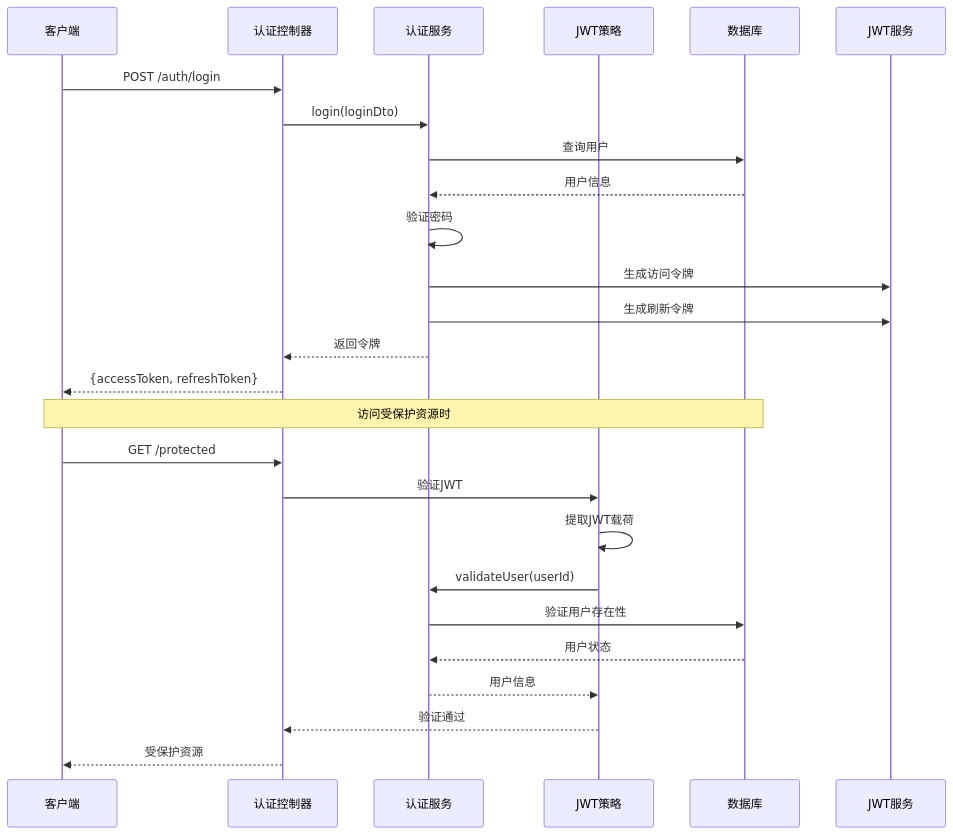
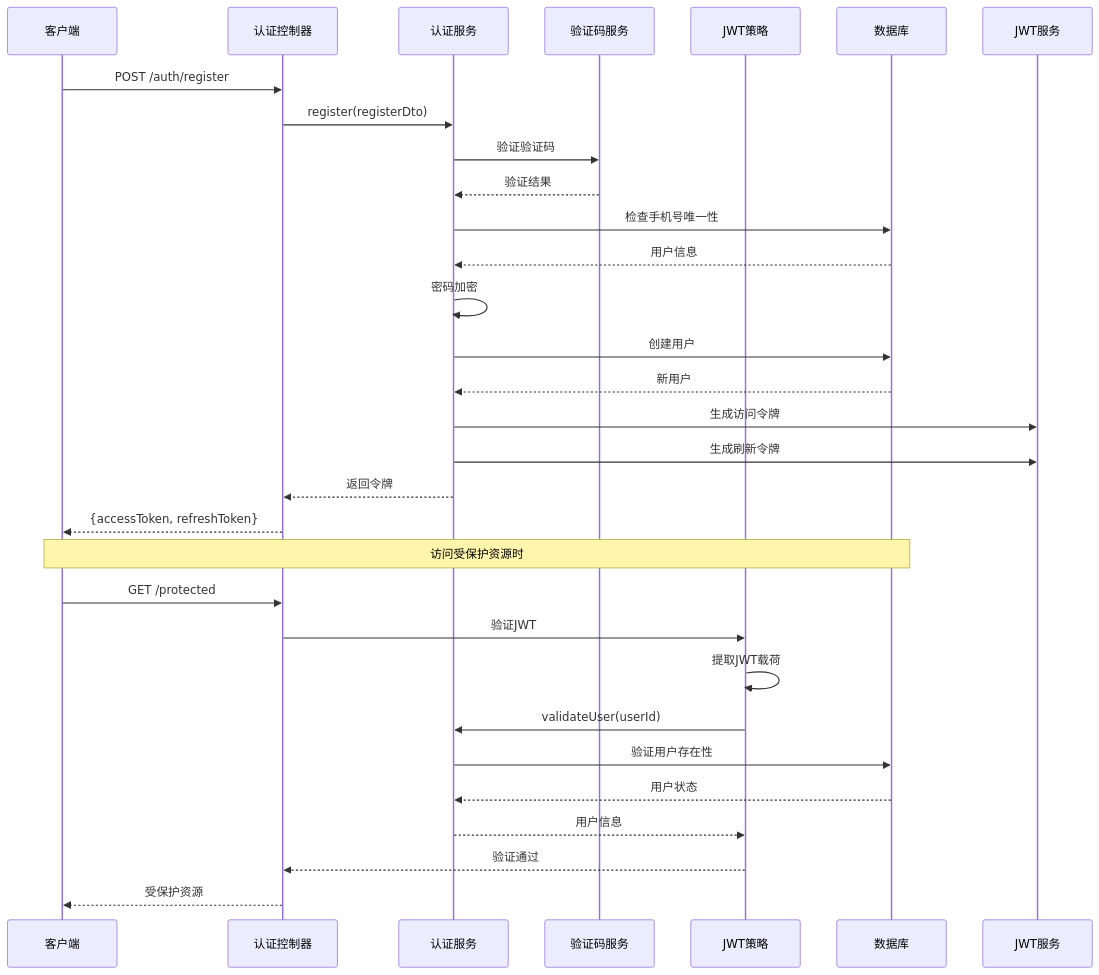
One commit to lsqwawa/free-dress changed the fourth of 11 diagrams in .qoder/repowiki/zh/content/后端开发指南/后端开发指南.md. Above: the diagram before and after it, drawn with Mermaid. The commit also changed other lines of this file and 74 other files, not shown here.

````diff
--- a/.qoder/repowiki/zh/content/后端开发指南/后端开发指南.md
+++ b/.qoder/repowiki/zh/content/后端开发指南/后端开发指南.md
@@ -250,28 +264,33 @@
 ```mermaid
 sequenceDiagram
 participant Client as 客户端
 participant AuthController as 认证控制器
 participant AuthService as 认证服务
+participant CaptchaService as 验证码服务
 participant JwtStrategy as JWT策略
 participant Prisma as 数据库
 participant JwtService as JWT服务
-Client->>AuthController : POST /auth/login
-AuthController->>AuthService : login(loginDto)
-AuthService->>Prisma : 查询用户
+Client->>AuthController : POST /auth/register
+AuthController->>AuthService : register(registerDto)
+AuthService->>CaptchaService : 验证验证码
+CaptchaService-->>AuthService : 验证结果
+AuthService->>Prisma : 检查手机号唯一性
 Prisma-->>AuthService : 用户信息
-AuthService->>AuthService : 验证密码
+AuthService->>AuthService : 密码加密
+AuthService->>Prisma : 创建用户
+Prisma-->>AuthService : 新用户
 AuthService->>JwtService : 生成访问令牌
 AuthService->>JwtService : 生成刷新令牌
 AuthService-->>AuthController : 返回令牌
 AuthController-->>Client : {accessToken, refreshToken}
 Note over Client,Prisma : 访问受保护资源时
 Client->>AuthController : GET /protected
 AuthController->>JwtStrategy : 验证JWT
 JwtStrategy->>JwtStrategy : 提取JWT载荷
 JwtStrategy->>AuthService : validateUser(userId)
 AuthService->>Prisma : 验证用户存在性
 Prisma-->>AuthService : 用户状态
 AuthService-->>JwtStrategy : 用户信息
 JwtStrategy-->>AuthController : 验证通过
 AuthController-->>Client : 受保护资源
 ```
````
